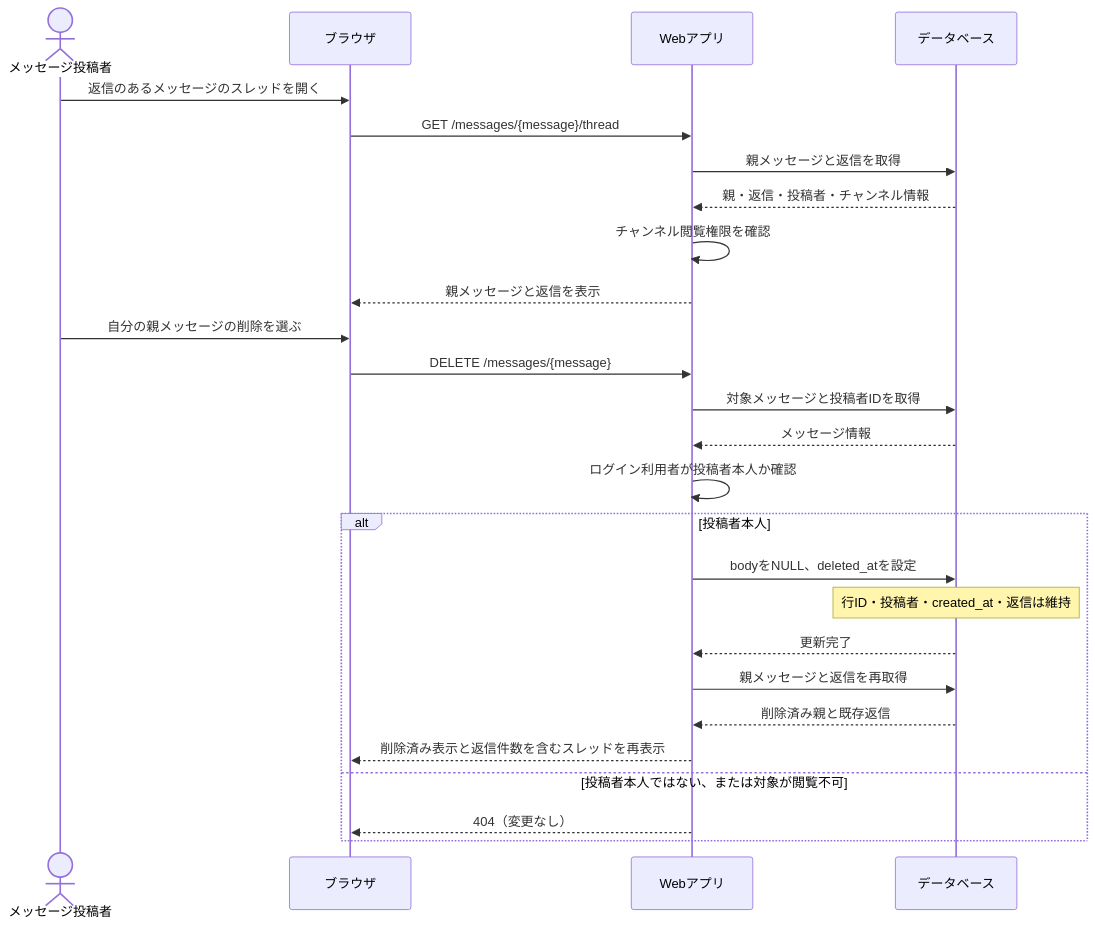
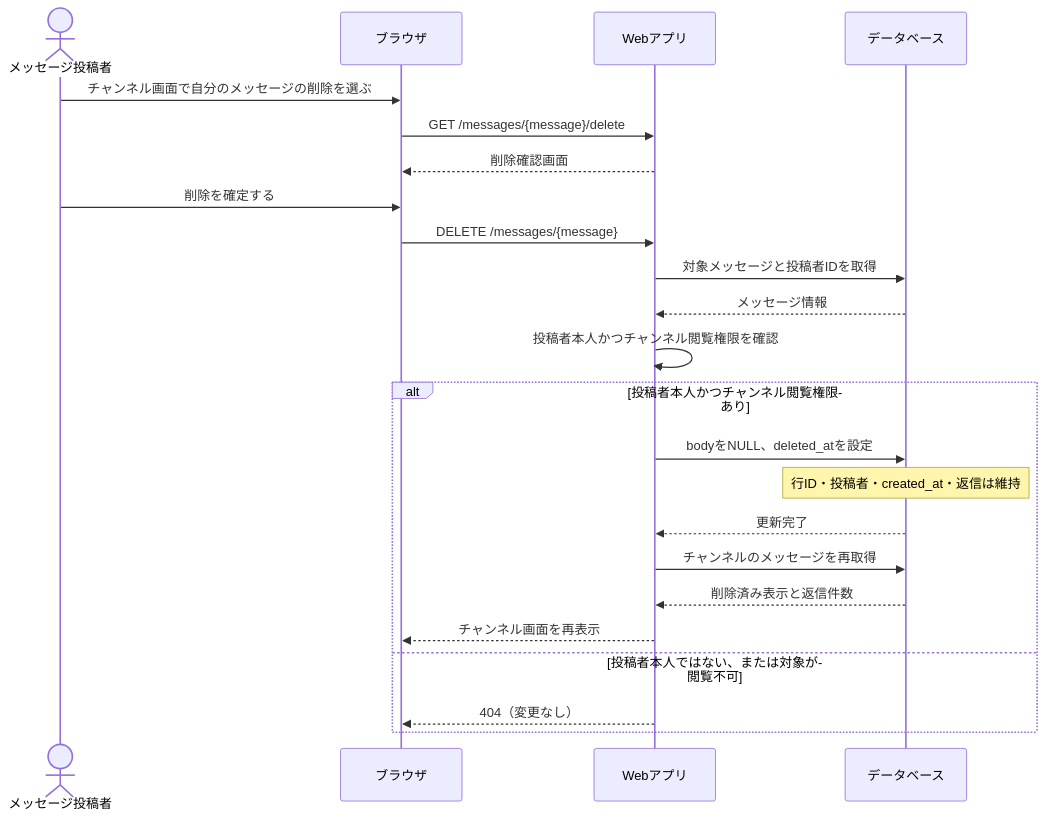
Before and after one commit to 339-kojima/teamchat-app: the second of 2 diagrams in docs/design/behavior.md, drawn with Mermaid. The commit also changed other lines of this file and 22 other files, not shown here.

````diff
--- a/docs/design/behavior.md
+++ b/docs/design/behavior.md
@@ -21,29 +21,26 @@
 ```mermaid
 sequenceDiagram
   actor A as メッセージ投稿者
   participant B as ブラウザ
   participant W as Webアプリ
   participant DB as データベース
 
-  A->>B: 返信のあるメッセージのスレッドを開く
-  B->>W: GET /messages/{message}/thread
-  W->>DB: 親メッセージと返信を取得
-  DB-->>W: 親・返信・投稿者・チャンネル情報
-  W->>W: チャンネル閲覧権限を確認
-  W-->>B: 親メッセージと返信を表示
-  A->>B: 自分の親メッセージの削除を選ぶ
+  A->>B: チャンネル画面で自分のメッセージの削除を選ぶ
+  B->>W: GET /messages/{message}/delete
+  W-->>B: 削除確認画面
+  A->>B: 削除を確定する
   B->>W: DELETE /messages/{message}
   W->>DB: 対象メッセージと投稿者IDを取得
   DB-->>W: メッセージ情報
-  W->>W: ログイン利用者が投稿者本人か確認
-  alt 投稿者本人
+  W->>W: 投稿者本人かつチャンネル閲覧権限を確認
+  alt 投稿者本人かつチャンネル閲覧権限あり
     W->>DB: bodyをNULL、deleted_atを設定
     Note over DB: 行ID・投稿者・created_at・返信は維持
     DB-->>W: 更新完了
-    W->>DB: 親メッセージと返信を再取得
-    DB-->>W: 削除済み親と既存返信
-    W-->>B: 削除済み表示と返信件数を含むスレッドを再表示
+    W->>DB: チャンネルのメッセージを再取得
+    DB-->>W: 削除済み表示と返信件数
+    W-->>B: チャンネル画面を再表示
   else 投稿者本人ではない、または対象が閲覧不可
     W-->>B: 404（変更なし）
   end
 ```
````
